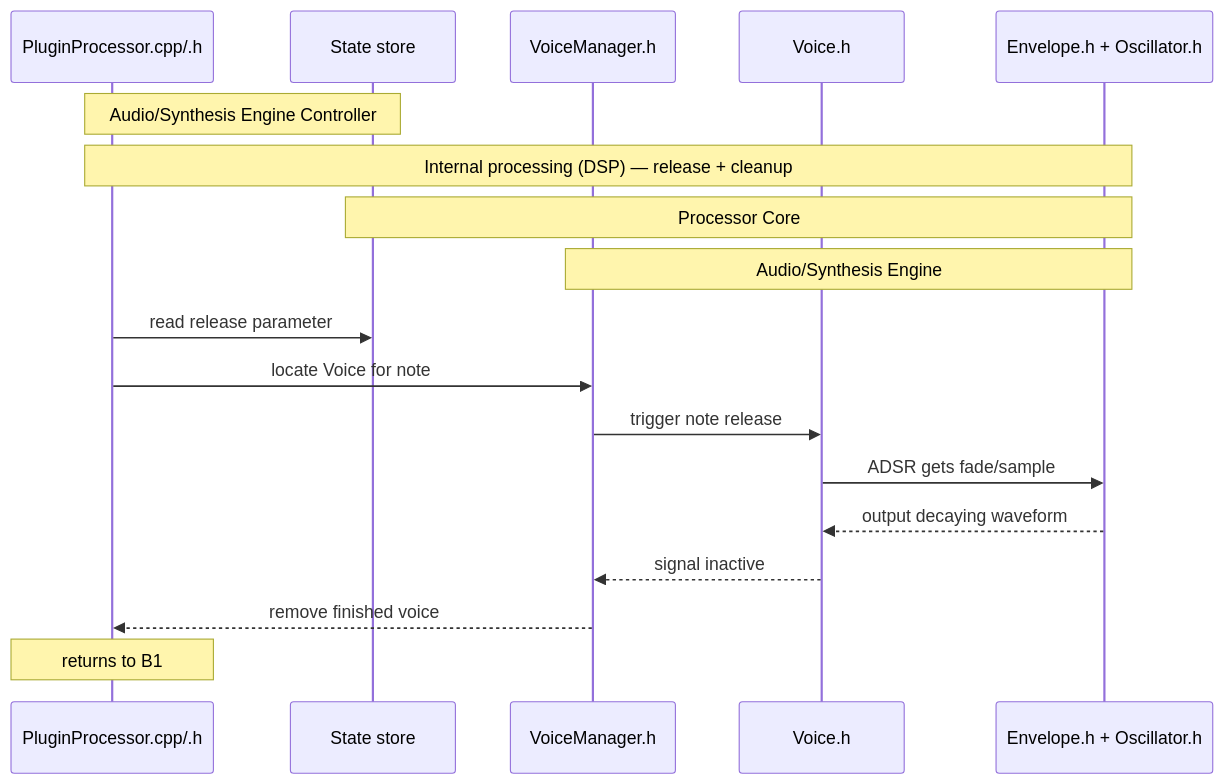
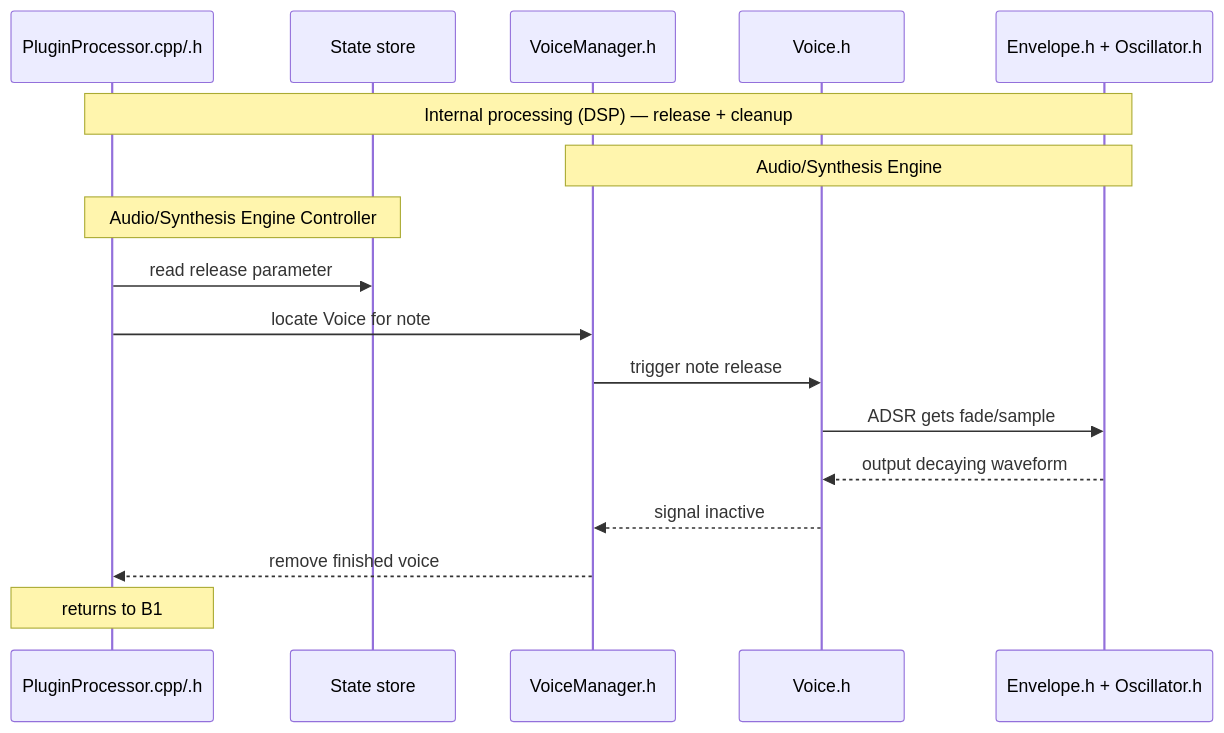
One commit to TYLERSFOSTER/MIDIControl001 changed the fourth of 11 diagrams in docs/architecture.md. Above: the diagram before and after it, drawn with Mermaid. The commit also changed other lines of this file, not shown here.

Commit message:
update architecture

````diff
--- a/docs/architecture.md
+++ b/docs/architecture.md
@@ -120,21 +125,20 @@
 ```mermaid
 sequenceDiagram
 participant PluginProcessor as PluginProcessor.cpp/.h
 participant ValueTree as State store
 participant VoiceManager as VoiceManager.h
 participant Voice as Voice.h
 participant DSP as Envelope.h + Oscillator.h
 
+Note over PluginProcessor,DSP: Internal processing (DSP) — release + cleanup
+Note over VoiceManager,DSP: Audio/Synthesis Engine
 Note over PluginProcessor,ValueTree: Audio/Synthesis Engine Controller
-Note over PluginProcessor,DSP: Internal processing (DSP) — release + cleanup
-Note over ValueTree,DSP: Processor Core
-Note over VoiceManager,DSP: Audio/Synthesis Engine
 PluginProcessor->>ValueTree: read release parameter
 PluginProcessor->>VoiceManager: locate Voice for note
 VoiceManager->>Voice: trigger note release
 Voice->>DSP: ADSR gets fade/sample
 DSP-->>Voice: output decaying waveform
 Voice-->>VoiceManager: signal inactive
 VoiceManager-->>PluginProcessor: remove finished voice
 Note over PluginProcessor: returns to B1
 ```
````
